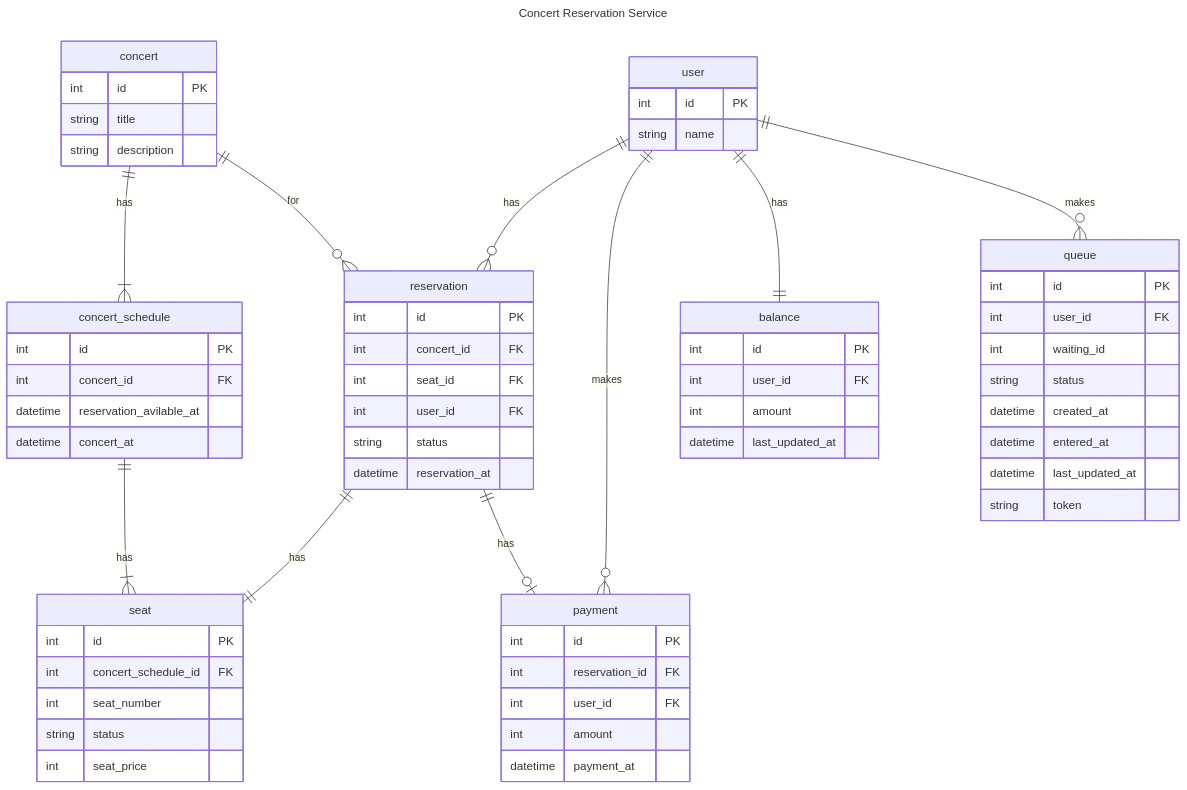
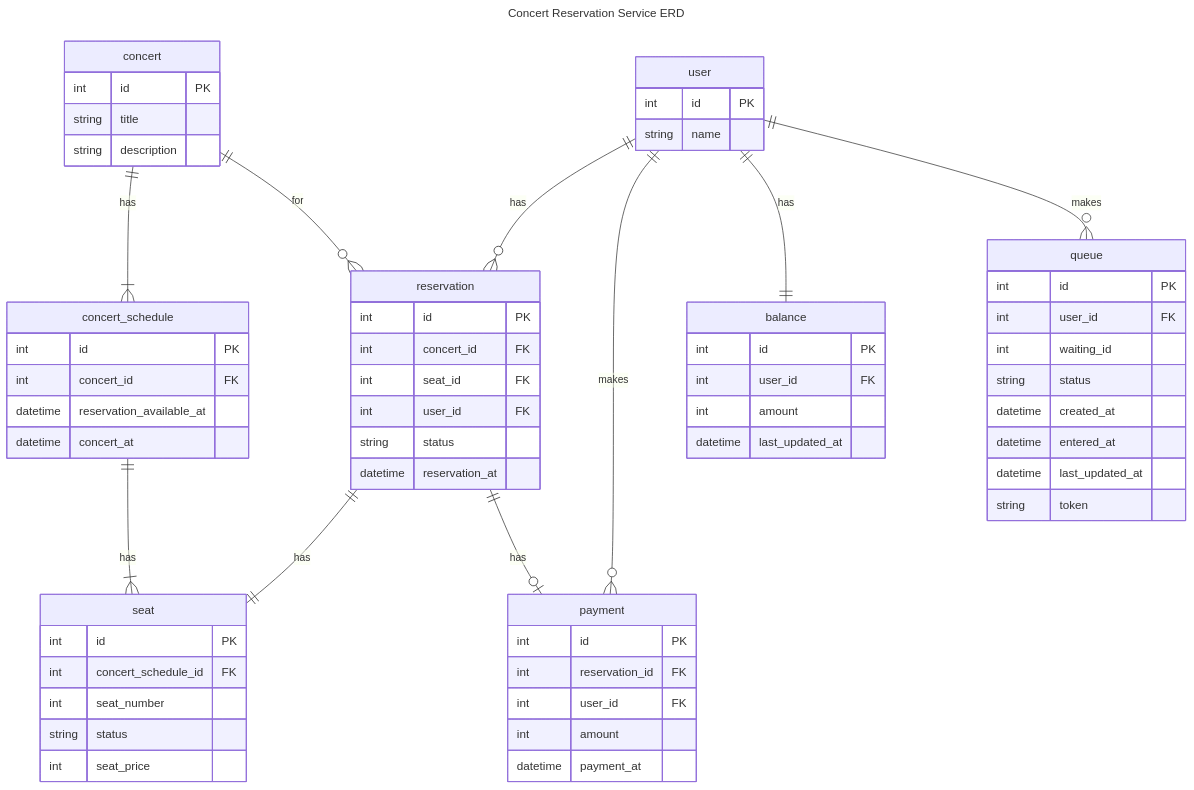
The diagram in docs/03_ERD.md (Goryeojin/hhplus-concert), drawn with Mermaid before and after one commit. The commit also changed 9 other files, not shown here.

Commit message:
chore: project init, erd 문서 수정

````diff
--- a/docs/03_ERD.md
+++ b/docs/03_ERD.md
@@ -1,73 +1,73 @@
 ```mermaid
 ---
-title: Concert Reservation Service
+title: Concert Reservation Service ERD
 ---
 erDiagram
     user ||--o{ reservation : has
     user ||--o{ payment : makes
     user ||--|| balance : has
     user ||--o{ queue : makes
     concert ||--|{ concert_schedule : has
     concert ||--o{ reservation : for
     concert_schedule ||--|{ seat : has
     reservation ||--|| seat : has
     reservation ||--o| payment : has
 
     concert {
         int id PK
         string title
         string description
     }
     concert_schedule {
         int id PK
         int concert_id FK
-        datetime reservation_avilable_at
+        datetime reservation_available_at
         datetime concert_at
     }
     seat {
         int id PK
         int concert_schedule_id FK
         int seat_number
         string status
         int seat_price
     }
 		
     reservation {
         int id PK
         int concert_id FK
         int seat_id FK
         int user_id FK
         string status
         datetime reservation_at
     }
 
     payment {
         int id PK
         int reservation_id FK
         int user_id FK
         int amount
         datetime payment_at
     }
 
     balance {
         int id PK
         int user_id FK
         int amount
         datetime last_updated_at
     }
 
     queue {
         int id PK
         int user_id FK
         int waiting_id
         string status
         datetime created_at
         datetime entered_at
         datetime last_updated_at
         string token
     }
     user {
         int id PK
         string name
     }
 ```
````
